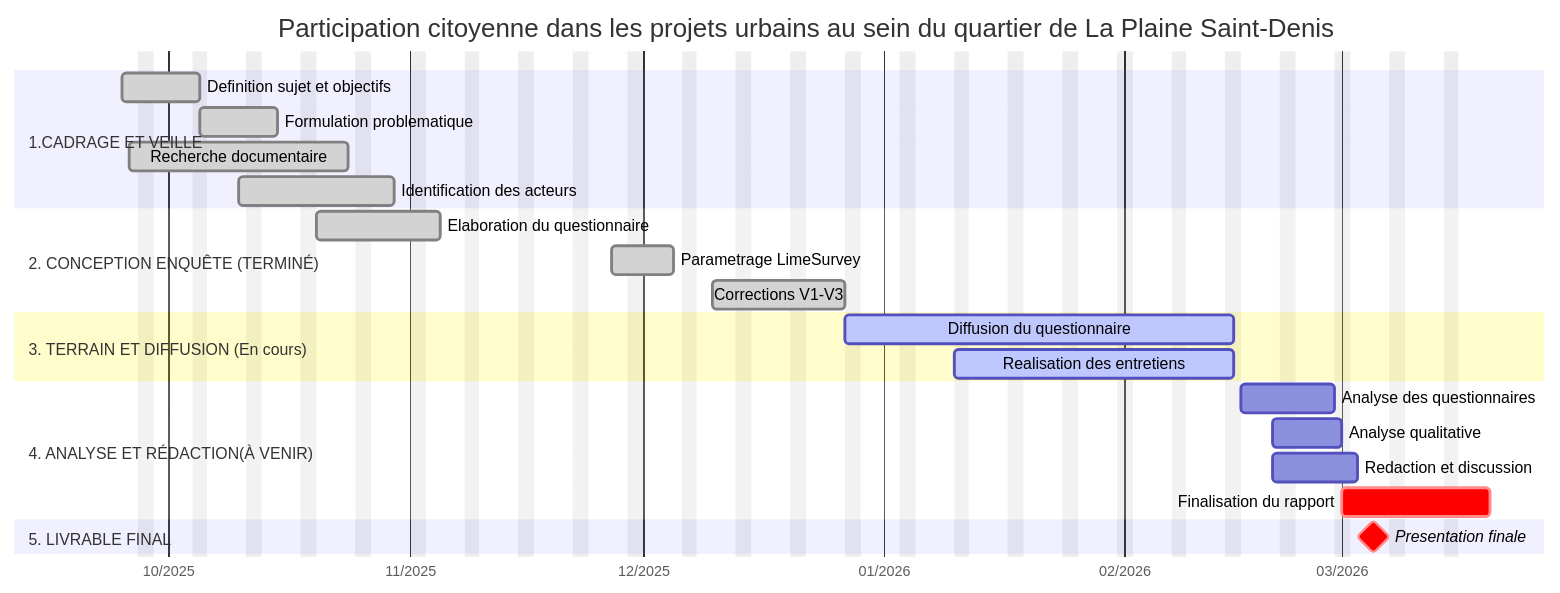
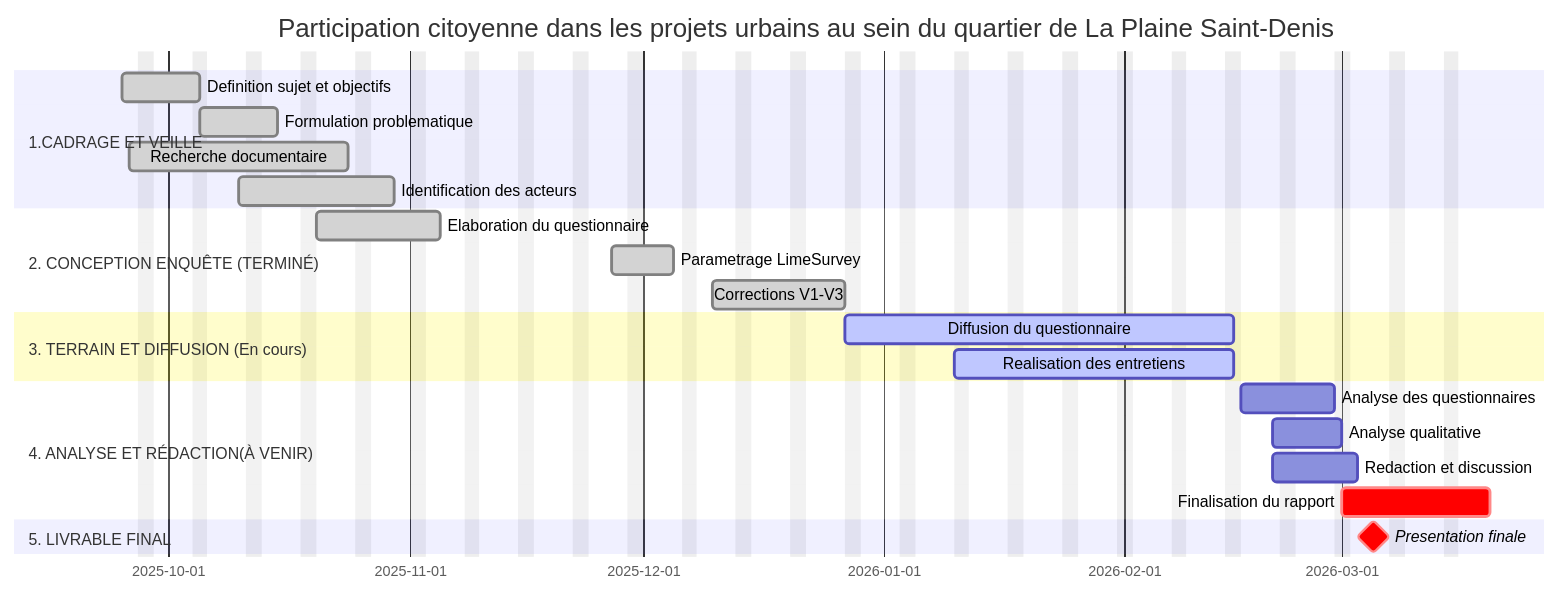
Before and after one commit to kahiarchi/LeBatiment_PlaineSaintDenis: the diagram in etatAvancement.md, drawn with Mermaid.

Commit message:
Remove axis format from Gantt chart
Removed axis format from Gantt chart in project update.

````diff
--- a/etatAvancement.md
+++ b/etatAvancement.md
@@ -1,31 +1,30 @@
 ```mermaid
 gantt
     dateFormat  YYYY-MM-DD
     title Participation citoyenne dans les projets urbains au sein du quartier de La Plaine Saint-Denis
-    axisFormat  %m/%Y
     excludes weekends
 
     section 1.CADRAGE ET VEILLE
     Definition sujet et objectifs    :done, t1, 2025-09-25, 2025-10-05
     Formulation problematique        :done, t2, 2025-10-05, 2025-10-15
     Recherche documentaire           :done, t3, 2025-09-26, 2025-10-24
     Identification des acteurs       :done, t6, 2025-10-10, 2025-10-30
 
     section 2. CONCEPTION ENQUÊTE (TERMINÉ)
     Elaboration du questionnaire     :done, t7, 2025-10-20, 2025-11-05
     Parametrage LimeSurvey           :done, t8, 2025-11-27, 2025-12-05
     Corrections V1-V3                :done, t9, 2025-12-10, 2025-12-27
 
     section 3. TERRAIN ET DIFFUSION (En cours)
     Diffusion du questionnaire       :active, t12, 2025-12-27, 2026-02-15
     Realisation des entretiens       :active, t15, 2026-01-10, 2026-02-15
 
     section 4. ANALYSE ET RÉDACTION(À VENIR)
     Analyse des questionnaires       :t16, 2026-02-16, 2026-02-28
     Analyse qualitative              :t17, 2026-02-20, 2026-03-01
     Redaction et discussion          :t18, 2026-02-20, 2026-03-03
     Finalisation du rapport          :crit, t19, 2026-03-01, 2026-03-20
 
     section 5. LIVRABLE FINAL
     Presentation finale              :crit, milestone, 2026-03-05, 0d
 ```
````
